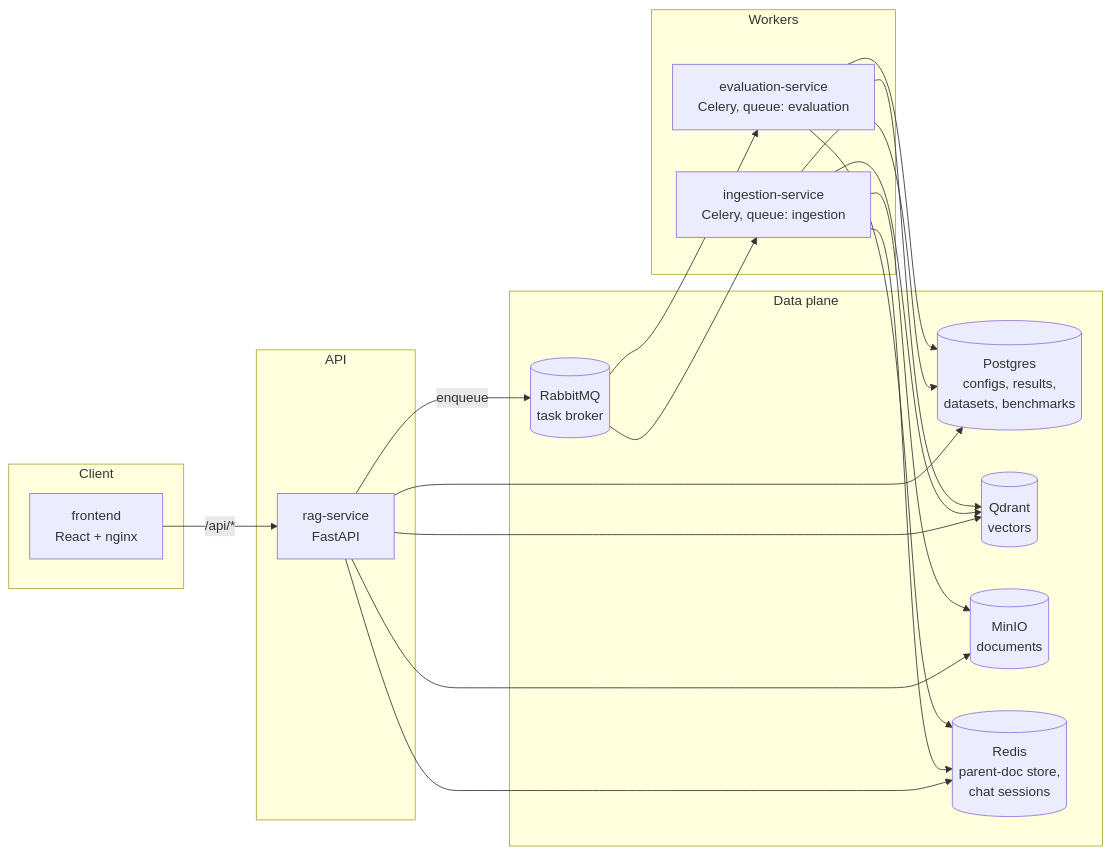
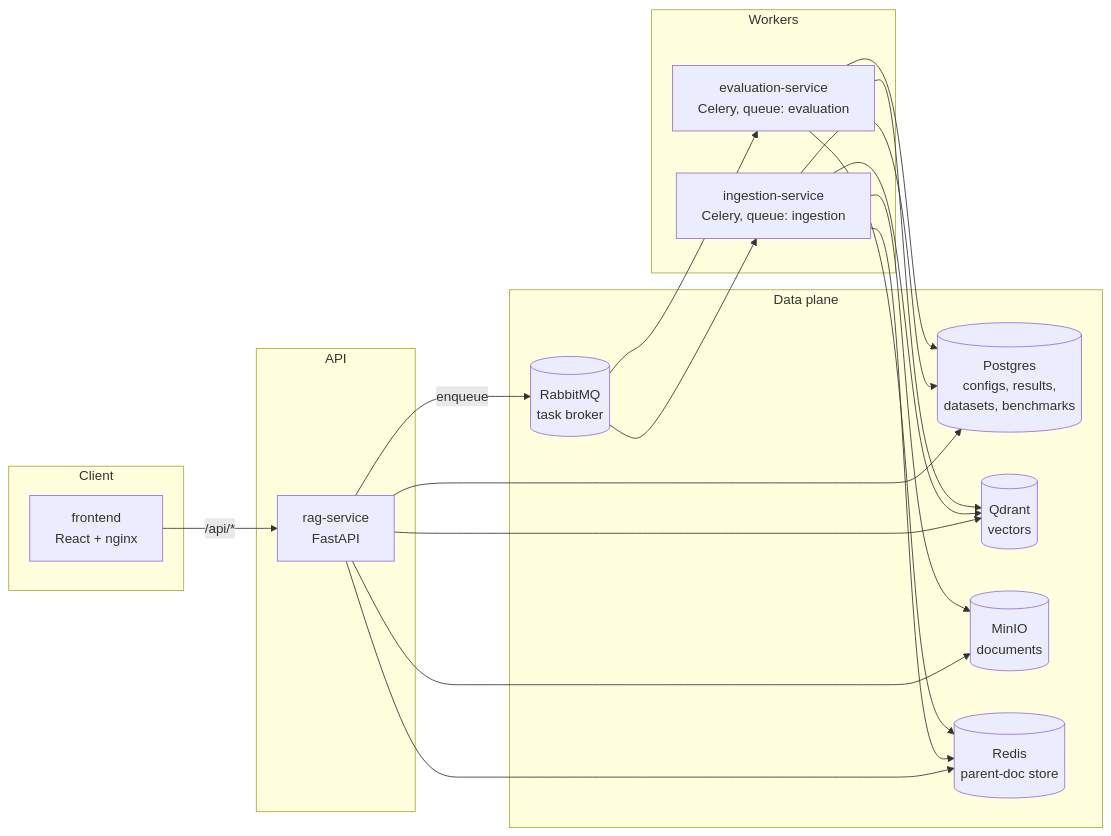
The diagram in README.md (Silverd087/RAG-Lab), drawn with Mermaid before and after one commit.

Commit message:
Update Redis description in README
Removed 'chat sessions' from Redis description in README.

````diff
--- a/README.md
+++ b/README.md
@@ -19,27 +19,27 @@
 ```mermaid
 flowchart LR
     subgraph Client
         FE[frontend<br/>React + nginx]
     end
     subgraph API
         RS[rag-service<br/>FastAPI]
     end
     subgraph Workers
         IW[ingestion-service<br/>Celery, queue: ingestion]
         EW[evaluation-service<br/>Celery, queue: evaluation]
     end
     subgraph Data plane
         PG[(Postgres<br/>configs, results,<br/>datasets, benchmarks)]
         QD[(Qdrant<br/>vectors)]
         MI[(MinIO<br/>documents)]
-        RD[(Redis<br/>parent-doc store,<br/>chat sessions)]
+        RD[(Redis<br/>parent-doc store)]
         MQ[(RabbitMQ<br/>task broker)]
     end
 
     FE -->|/api/*| RS
     RS --> PG & QD & MI & RD
     RS -->|enqueue| MQ
     MQ --> IW & EW
     IW --> PG & QD & MI & RD
     EW --> PG & QD & RD
 ```
````
